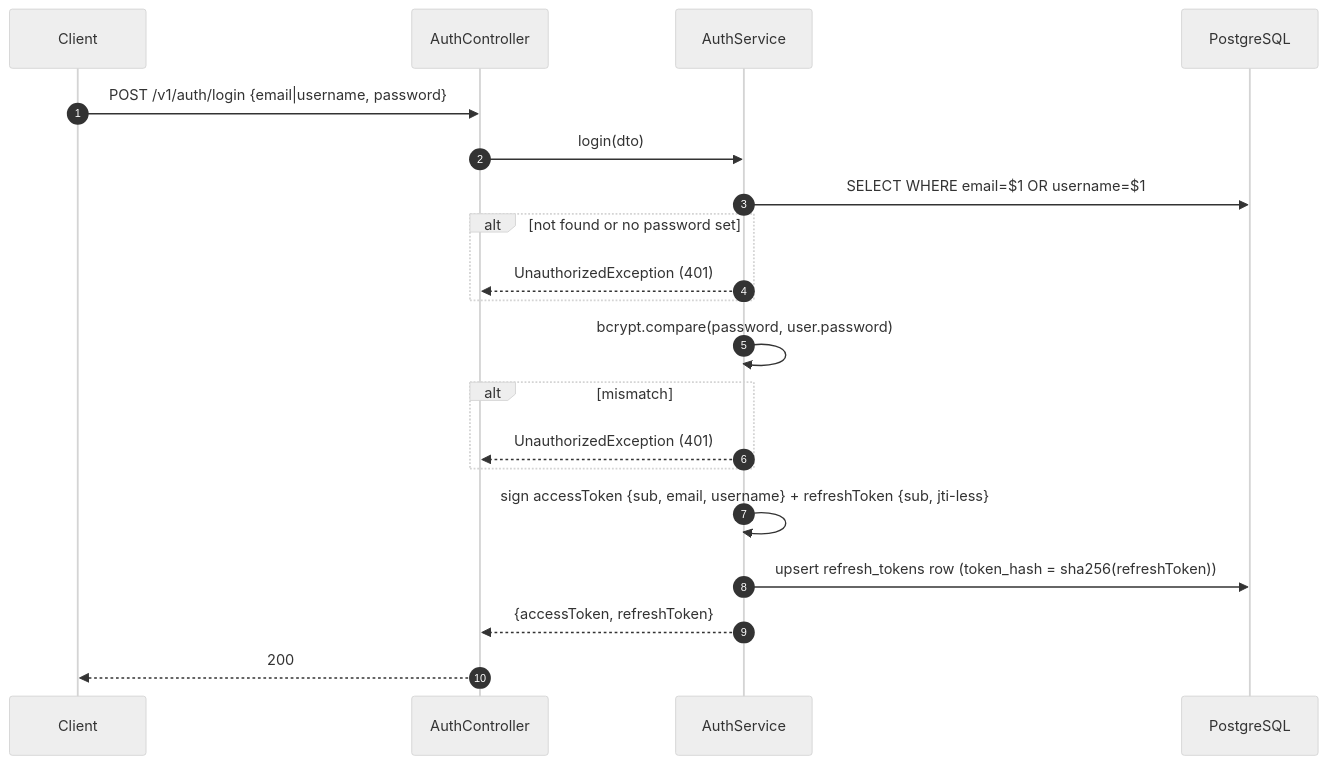
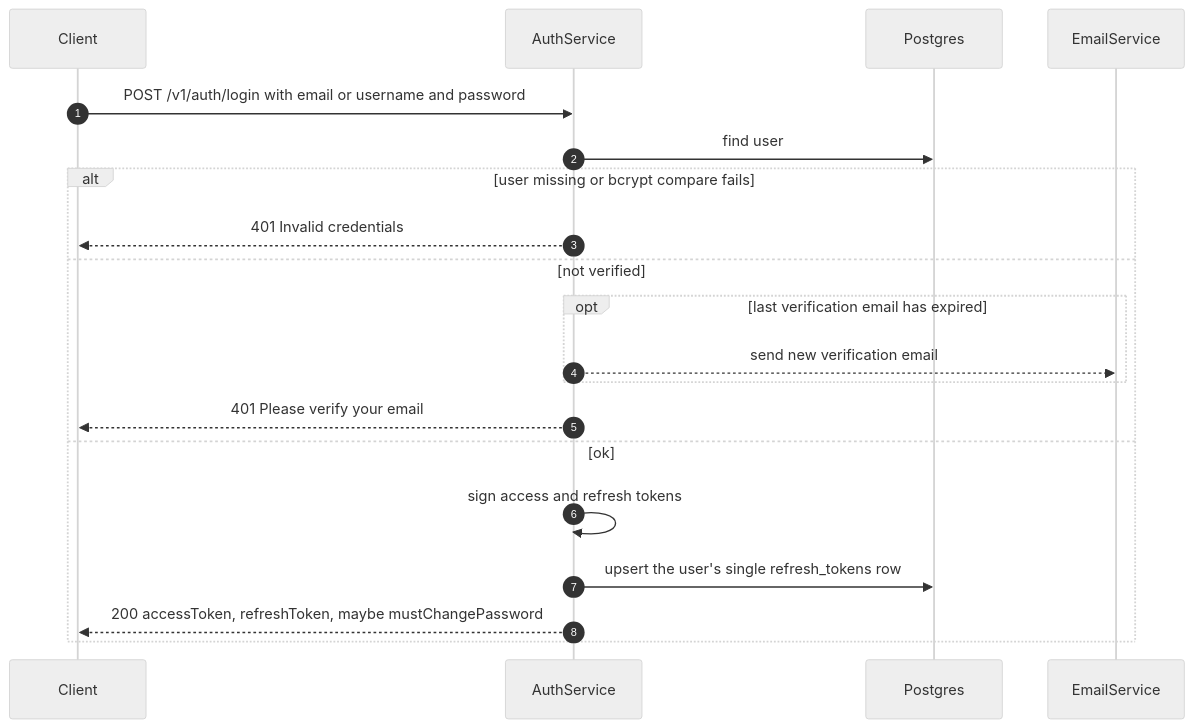
One commit to sharma-dikshant/TestFlow-Docs changed the second of 6 diagrams in docs/hld-design/auth.md. Above: the diagram before and after it, drawn with Mermaid (neutral theme). The commit also changed other lines of this file and 26 other files, not shown here.

````diff
--- a/docs/hld-design/auth.md
+++ b/docs/hld-design/auth.md
@@ -128,23 +128,22 @@
 ```mermaid
 sequenceDiagram
     autonumber
     participant C as Client
-    participant Ctrl as AuthController
-    participant Svc as AuthService
-    participant DB as PostgreSQL
-
-    C->>Ctrl: POST /v1/auth/login {email|username, password}
-    Ctrl->>Svc: login(dto)
-    Svc->>DB: SELECT WHERE email=$1 OR username=$1
-    alt not found or no password set
-        Svc-->>Ctrl: UnauthorizedException (401)
+    participant S as AuthService
+    participant DB as Postgres
+    participant M as EmailService
+    C->>S: POST /v1/auth/login with email or username and password
+    S->>DB: find user
+    alt user missing or bcrypt compare fails
+        S-->>C: 401 Invalid credentials
+    else not verified
+        opt last verification email has expired
+            S-->>M: send new verification email
+        end
+        S-->>C: 401 Please verify your email
+    else ok
+        S->>S: sign access and refresh tokens
+        S->>DB: upsert the user's single refresh_tokens row
+        S-->>C: 200 accessToken, refreshToken, maybe mustChangePassword
     end
-    Svc->>Svc: bcrypt.compare(password, user.password)
-    alt mismatch
-        Svc-->>Ctrl: UnauthorizedException (401)
-    end
-    Svc->>Svc: sign accessToken {sub, email, username} + refreshToken {sub, jti-less}
-    Svc->>DB: upsert refresh_tokens row (token_hash = sha256(refreshToken))
-    Svc-->>Ctrl: {accessToken, refreshToken}
-    Ctrl-->>C: 200
 ```
````
